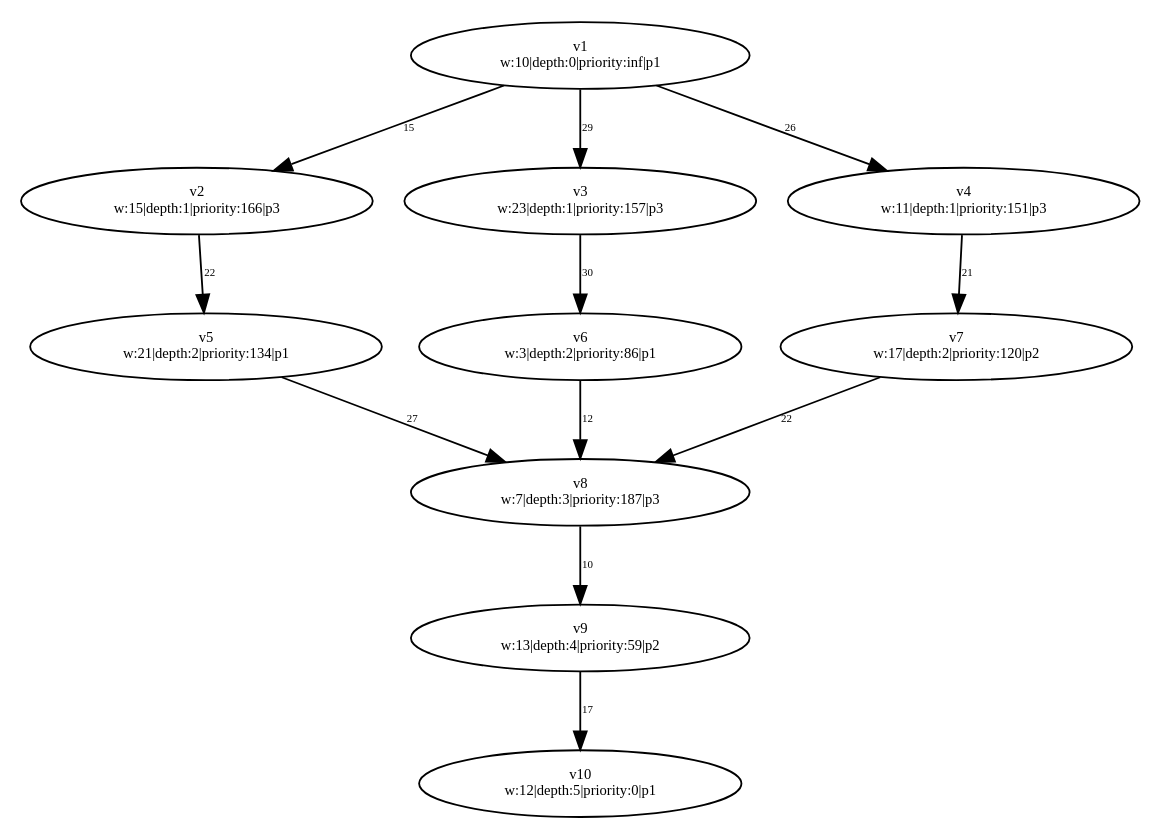
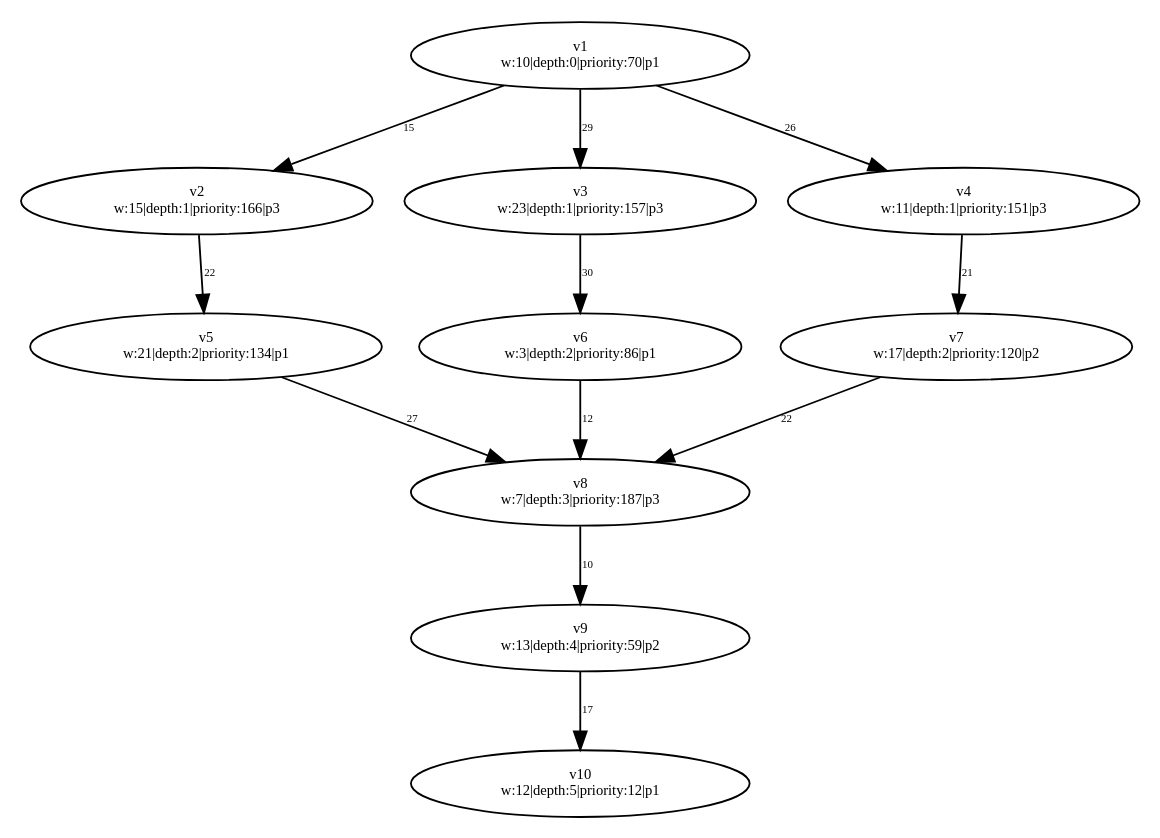
The diagram in PythonApplication1/PythonApplication1/test-output/slika_5.gv (dexters1/Task-Scheduling-Based-on-Genetic-Algorithms), drawn with Graphviz before and after one commit. The commit also changed 54 other files, not shown here.

```diff
--- a/PythonApplication1/PythonApplication1/test-output/slika_5.gv
+++ b/PythonApplication1/PythonApplication1/test-output/slika_5.gv
@@ -1,33 +1,33 @@
 digraph {
 	v1 [label="v1
-w:10|depth:0|priority:inf|p1" fontsize=8.0]
+w:10|depth:0|priority:70|p1" fontsize=8.0]
 	v2 [label="v2
 w:15|depth:1|priority:166|p3" fontsize=8.0]
 	v3 [label="v3
 w:23|depth:1|priority:157|p3" fontsize=8.0]
 	v4 [label="v4
 w:11|depth:1|priority:151|p3" fontsize=8.0]
 	v5 [label="v5
 w:21|depth:2|priority:134|p1" fontsize=8.0]
 	v7 [label="v7
 w:17|depth:2|priority:120|p2" fontsize=8.0]
 	v6 [label="v6
 w:3|depth:2|priority:86|p1" fontsize=8.0]
 	v8 [label="v8
 w:7|depth:3|priority:187|p3" fontsize=8.0]
 	v9 [label="v9
 w:13|depth:4|priority:59|p2" fontsize=8.0]
 	v10 [label="v10
-w:12|depth:5|priority:0|p1" fontsize=8.0]
+w:12|depth:5|priority:12|p1" fontsize=8.0]
 	v1 -> v2 [label=15 constraint=true fontsize=6.0]
 	v1 -> v3 [label=29 constraint=true fontsize=6.0]
 	v1 -> v4 [label=26 constraint=true fontsize=6.0]
 	v2 -> v5 [label=22 constraint=true fontsize=6.0]
 	v3 -> v6 [label=30 constraint=true fontsize=6.0]
 	v4 -> v7 [label=21 constraint=true fontsize=6.0]
 	v5 -> v8 [label=27 constraint=true fontsize=6.0]
 	v6 -> v8 [label=12 constraint=true fontsize=6.0]
 	v7 -> v8 [label=22 constraint=true fontsize=6.0]
 	v8 -> v9 [label=10 constraint=true fontsize=6.0]
 	v9 -> v10 [label=17 constraint=true fontsize=6.0]
 }
```
